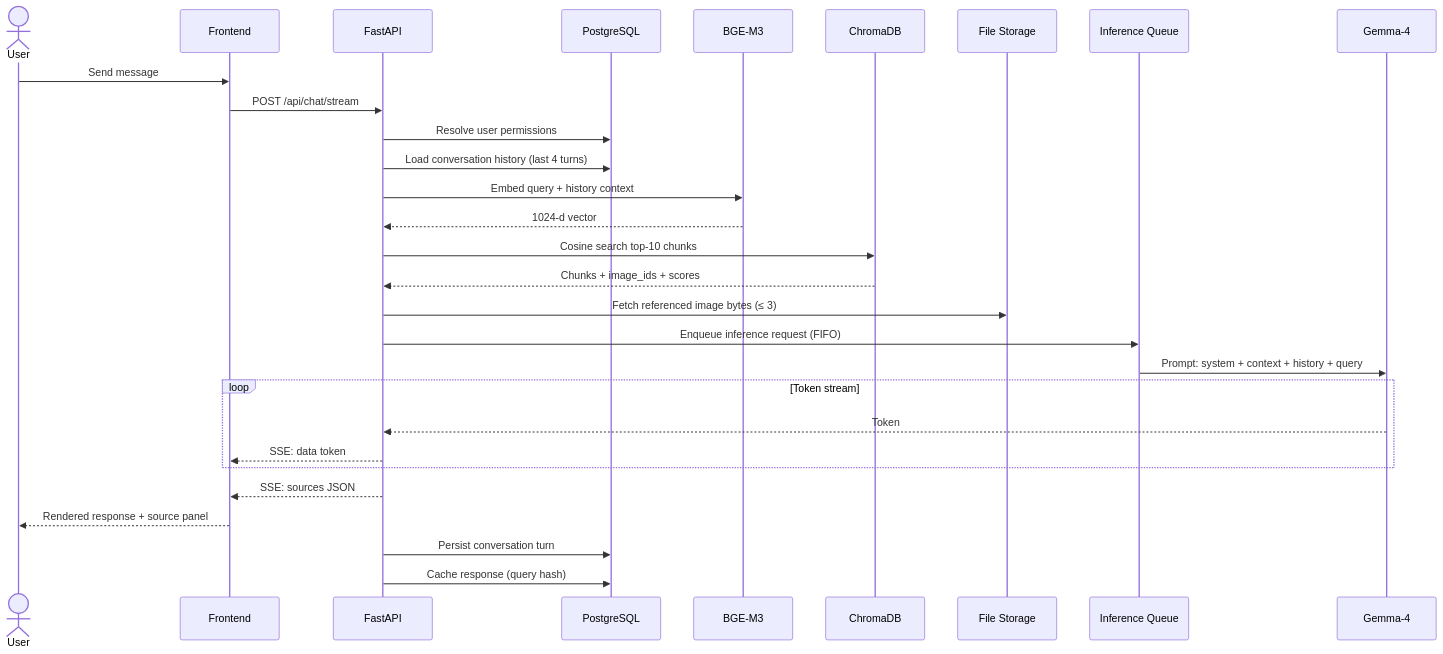
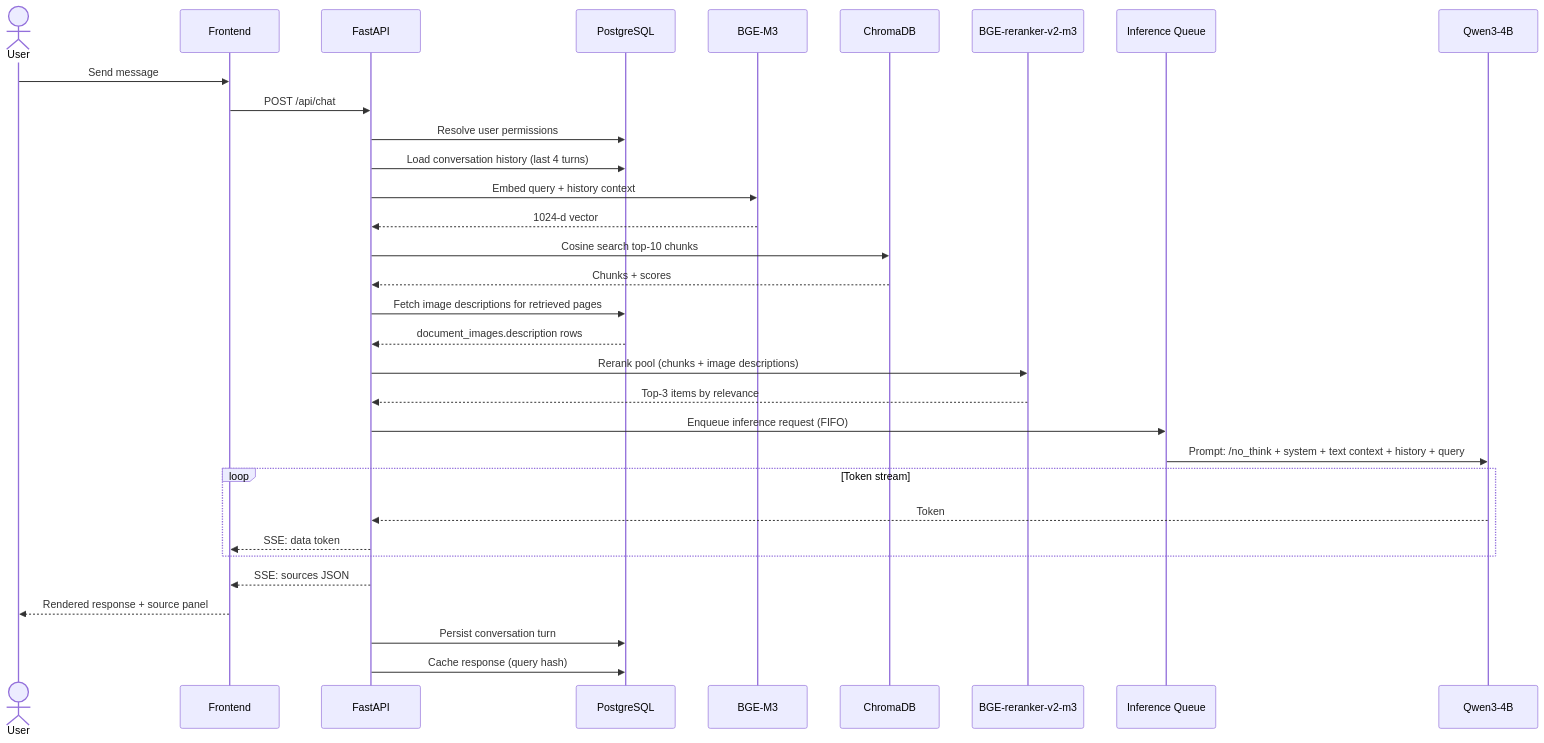
The third of 4 diagrams in README.md (ChristianMendozaa/BMSC_RAG_System), drawn with Mermaid before and after one commit. The commit also changed other lines of this file and 13 other files, not shown here.

First line of the commit message:
feat: Implement multimodal capabilities with Gemma-4 and Qwen3 for enhanced document intelligence

````diff
--- a/README.md
+++ b/README.md
@@ -108,32 +111,35 @@
 ```mermaid
 sequenceDiagram
     actor User
     participant FE as Frontend
     participant API as FastAPI
     participant PG as PostgreSQL
     participant EMB as BGE-M3
     participant VDB as ChromaDB
-    participant FS as File Storage
+    participant RR as BGE-reranker-v2-m3
     participant Q as Inference Queue
-    participant LLM as Gemma-4
+    participant LLM as Qwen3-4B
 
     User->>FE: Send message
-    FE->>API: POST /api/chat/stream
+    FE->>API: POST /api/chat
     API->>PG: Resolve user permissions
     API->>PG: Load conversation history (last 4 turns)
     API->>EMB: Embed query + history context
     EMB-->>API: 1024-d vector
     API->>VDB: Cosine search top-10 chunks
-    VDB-->>API: Chunks + image_ids + scores
-    API->>FS: Fetch referenced image bytes (≤ 3)
+    VDB-->>API: Chunks + scores
+    API->>PG: Fetch image descriptions for retrieved pages
+    PG-->>API: document_images.description rows
+    API->>RR: Rerank pool (chunks + image descriptions)
+    RR-->>API: Top-3 items by relevance
     API->>Q: Enqueue inference request (FIFO)
-    Q->>LLM: Prompt: system + context + history + query
+    Q->>LLM: Prompt: /no_think + system + text context + history + query
     loop Token stream
         LLM-->>API: Token
         API-->>FE: SSE: data token
     end
     API-->>FE: SSE: sources JSON
     FE-->>User: Rendered response + source panel
     API->>PG: Persist conversation turn
     API->>PG: Cache response (query hash)
 ```
````
